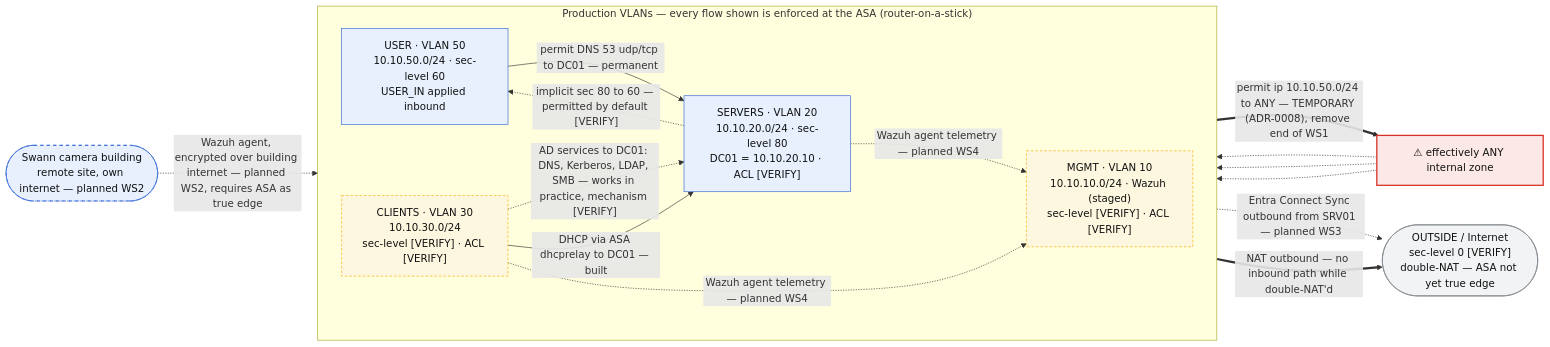
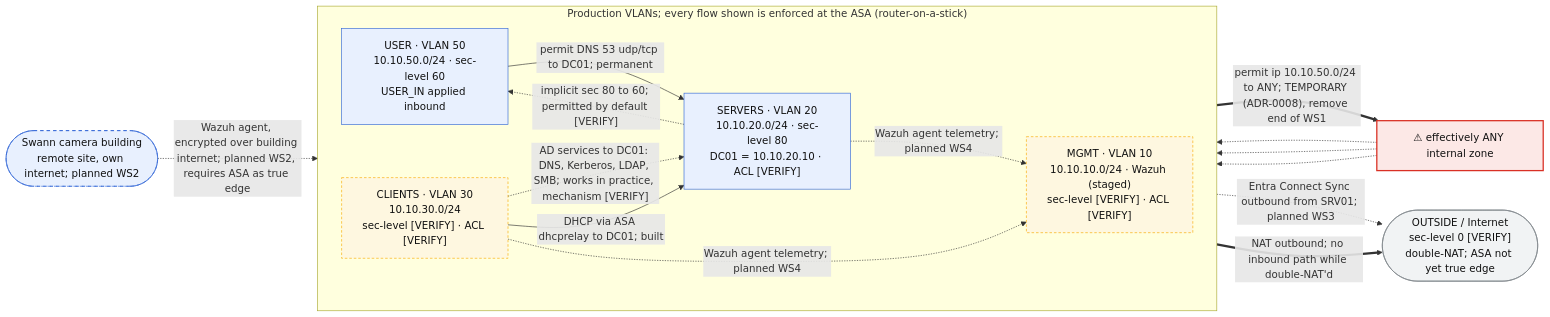
Before and after one commit to wadesanders-infra/jssandersllc-infra: the diagram in onprem/diagrams/trust-acl-flow.md, drawn with Mermaid. The commit also changed other lines of this file, not shown here.

Commit message:
docs: Edit trust/ACL flow diagram

````diff
--- a/onprem/diagrams/trust-acl-flow.md
+++ b/onprem/diagrams/trust-acl-flow.md
@@ -9,51 +9,51 @@
 ```mermaid
 flowchart LR
     classDef zone fill:#e8f0fe,stroke:#3367d6,color:#111111
     classDef unver fill:#fef7e0,stroke:#f9ab00,stroke-dasharray:4 3,color:#111111
     classDef outside fill:#f1f3f4,stroke:#80868b,color:#111111
     classDef debt fill:#fce8e6,stroke:#d93025,stroke-width:2px,color:#111111
     classDef planned fill:#e8f0fe,stroke:#3367d6,stroke-dasharray:5 5,color:#111111
 
-    INET(["OUTSIDE / Internet<br/>sec-level 0 [VERIFY]<br/>double-NAT — ASA not yet true edge"]):::outside
-    SWANN(["Swann camera building<br/>remote site, own internet — planned WS2"]):::planned
+    INET(["OUTSIDE / Internet<br/>sec-level 0 [VERIFY]<br/>double-NAT; ASA not yet true edge"]):::outside
+    SWANN(["Swann camera building<br/>remote site, own internet; planned WS2"]):::planned
 
-    subgraph PROD["Production VLANs — every flow shown is enforced at the ASA (router-on-a-stick)"]
+    subgraph PROD["Production VLANs; every flow shown is enforced at the ASA (router-on-a-stick)"]
         direction LR
         MGMT["MGMT · VLAN 10<br/>10.10.10.0/24 · Wazuh (staged)<br/>sec-level [VERIFY] · ACL [VERIFY]"]:::unver
         SERVERS["SERVERS · VLAN 20<br/>10.10.20.0/24 · sec-level 80<br/>DC01 = 10.10.20.10 · ACL [VERIFY]"]:::zone
         CLIENTS["CLIENTS · VLAN 30<br/>10.10.30.0/24<br/>sec-level [VERIFY] · ACL [VERIFY]"]:::unver
         USER["USER · VLAN 50<br/>10.10.50.0/24 · sec-level 60<br/>USER_IN applied inbound"]:::zone
     end
 
     ANYDEBT["⚠ effectively ANY internal zone"]:::debt
 
     %% ---- current state ----
 
     %% explicit, scoped, permanent permit (USER_IN rule 1)
-    USER -->|"permit DNS 53 udp/tcp to DC01 — permanent"| SERVERS
+    USER -->|"permit DNS 53 udp/tcp to DC01; permanent"| SERVERS
 
-    %% temporary broad permit — the risk (USER_IN rule 2 / ADR-0008)
-    USER ==>|"permit ip 10.10.50.0/24 to ANY — TEMPORARY (ADR-0008), remove end of WS1"| ANYDEBT
+    %% temporary broad permit; the risk (USER_IN rule 2 / ADR-0008)
+    USER ==>|"permit ip 10.10.50.0/24 to ANY; TEMPORARY (ADR-0008), remove end of WS1"| ANYDEBT
     ANYDEBT -.-> MGMT
     ANYDEBT -.-> SERVERS
     ANYDEBT -.-> CLIENTS
 
-    %% functions in practice (joins, auth, GPO) — enforcement mechanism unverified
-    CLIENTS -.->|"AD services to DC01: DNS, Kerberos, LDAP, SMB — works in practice, mechanism [VERIFY]"| SERVERS
+    %% functions in practice (joins, auth, GPO); enforcement mechanism unverified
+    CLIENTS -.->|"AD services to DC01: DNS, Kerberos, LDAP, SMB; works in practice, mechanism [VERIFY]"| SERVERS
 
     %% to-the-box relay, documented 2026-05-10
-    CLIENTS -->|"DHCP via ASA dhcprelay to DC01 — built"| SERVERS
+    CLIENTS -->|"DHCP via ASA dhcprelay to DC01; built"| SERVERS
 
     %% implicit security-level behavior where no ACL is recorded
-    SERVERS -.->|"implicit sec 80 to 60 — permitted by default [VERIFY]"| USER
+    SERVERS -.->|"implicit sec 80 to 60; permitted by default [VERIFY]"| USER
 
     %% outbound internet for all production VLANs
-    PROD ==>|"NAT outbound — no inbound path while double-NAT'd"| INET
+    PROD ==>|"NAT outbound; no inbound path while double-NAT'd"| INET
 
     %% ---- planned flows (dashed, not yet built) ----
 
-    SERVERS -.->|"Entra Connect Sync outbound from SRV01 — planned WS3"| INET
-    CLIENTS -.->|"Wazuh agent telemetry — planned WS4"| MGMT
-    SERVERS -.->|"Wazuh agent telemetry — planned WS4"| MGMT
-    SWANN -.->|"Wazuh agent, encrypted over building internet — planned WS2, requires ASA as true edge"| MGMT
+    SERVERS -.->|"Entra Connect Sync outbound from SRV01; planned WS3"| INET
+    CLIENTS -.->|"Wazuh agent telemetry; planned WS4"| MGMT
+    SERVERS -.->|"Wazuh agent telemetry; planned WS4"| MGMT
+    SWANN -.->|"Wazuh agent, encrypted over building internet; planned WS2, requires ASA as true edge"| MGMT
 ```
````
